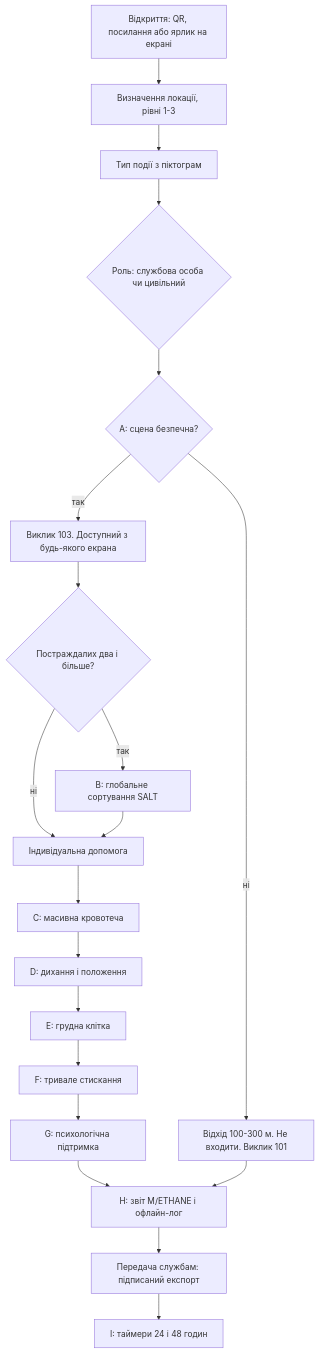
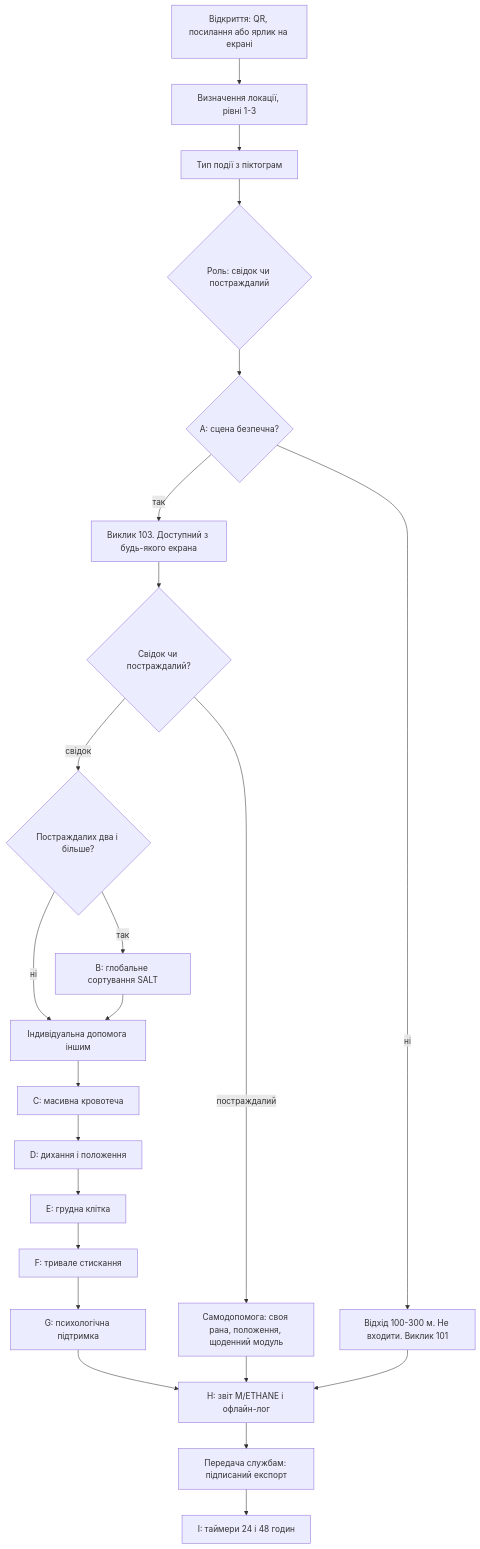
One commit to kaiserdem/ZeroEchelon changed the first of 12 diagrams in docs/04-блок-схеми.md. Above: the diagram before and after it, drawn with Mermaid. The commit also changed other lines of this file and 13 other files, not shown here.

````diff
--- a/docs/04-блок-схеми.md
+++ b/docs/04-блок-схеми.md
@@ -11,22 +11,25 @@
 ```mermaid
 flowchart TD
   Start["Відкриття: QR, посилання або ярлик на екрані"] --> Loc["Визначення локації, рівні 1-3"]
   Loc --> Type["Тип події з піктограм"]
-  Type --> Role{"Роль: службова особа чи цивільний"}
+  Type --> Role{"Роль: свідок чи постраждалий"}
   Role --> Safety{"A: сцена безпечна?"}
   Safety -->|"ні"| Veto["Відхід 100-300 м. Не входити. Виклик 101"]
   Safety -->|"так"| Call["Виклик 103. Доступний з будь-якого екрана"]
-  Call --> Count{"Постраждалих два і більше?"}
+  Call --> Who{"Свідок чи постраждалий?"}
+  Who -->|"постраждалий"| Self["Самодопомога: своя рана, положення, щоденний модуль"]
+  Who -->|"свідок"| Count{"Постраждалих два і більше?"}
   Count -->|"так"| Sort["B: глобальне сортування SALT"]
-  Count -->|"ні"| Care["Індивідуальна допомога"]
+  Count -->|"ні"| Care["Індивідуальна допомога іншим"]
   Sort --> Care
   Care --> Bleed["C: масивна кровотеча"]
   Bleed --> Air["D: дихання і положення"]
   Air --> Chest["E: грудна клітка"]
   Chest --> Crush["F: тривале стискання"]
   Crush --> Pfa["G: психологічна підтримка"]
   Pfa --> Rep["H: звіт M/ETHANE і офлайн-лог"]
+  Self --> Rep
   Veto --> Rep
   Rep --> Hand["Передача службам: підписаний експорт"]
   Hand --> Wave["I: таймери 24 і 48 годин"]
 ```
````
